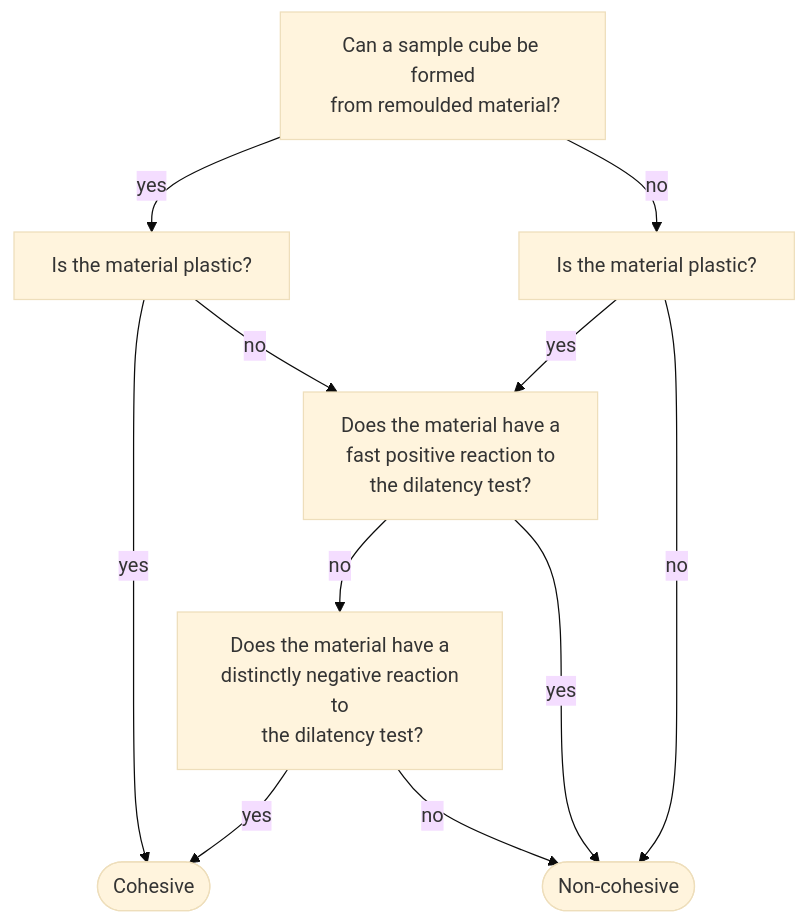
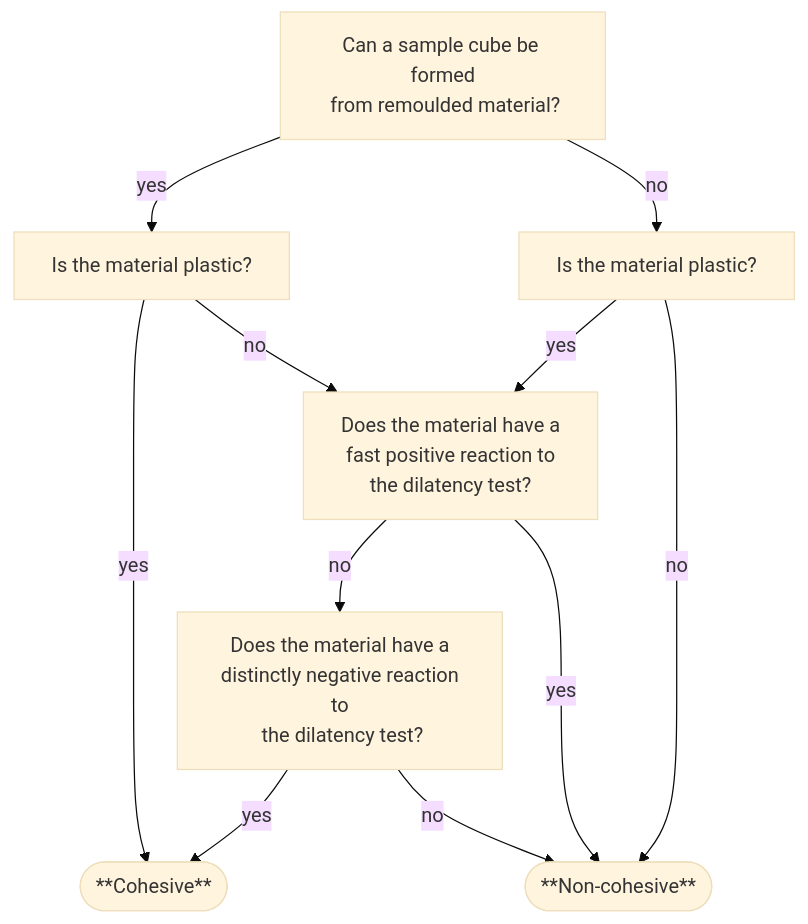
The diagram in hr_05_physical_properties.qmd (manaakiwhenua/NZ_soildesc_2024), drawn with Mermaid (base theme) before and after one commit. The commit also changed 9 other files, not shown here.

````diff
--- a/hr_05_physical_properties.qmd
+++ b/hr_05_physical_properties.qmd
@@ -46,17 +46,17 @@
 ```{mermaid}
 %%| label:  fig-cn-cohes
 %%| fig-cap: Determining sample cohesion
 
 flowchart TD
   q1["Can a sample cube be formed\n from remoulded material?"] -->|yes| q2[Is the material plastic?]
-  q2 ---->|yes| a1([Cohesive])
+  q2 ---->|yes| a1(["**Cohesive**"])
   q1 -->|no| q3[Is the material plastic?]
   q3 -->|yes| q4
   q2 -->|no| q4["Does the material have a\n fast positive reaction to\n the dilatency test?"]
   q4 -->|no| q5["Does the material have a\n distinctly negative reaction to\n the dilatency test?"]
   q4 --->|yes| a2
-  q3 ---->|no| a2([Non-cohesive])
+  q3 ---->|no| a2(["**Non-cohesive**"])
   q5 -->|yes| a1
   q5 -->|no| a2
 
 ```
````
